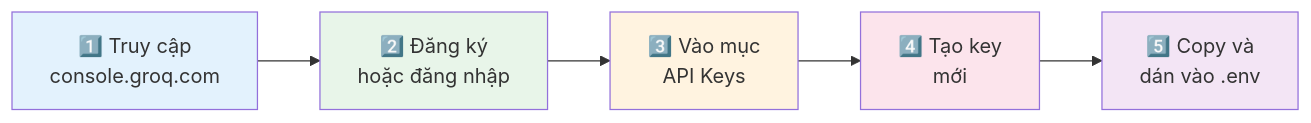
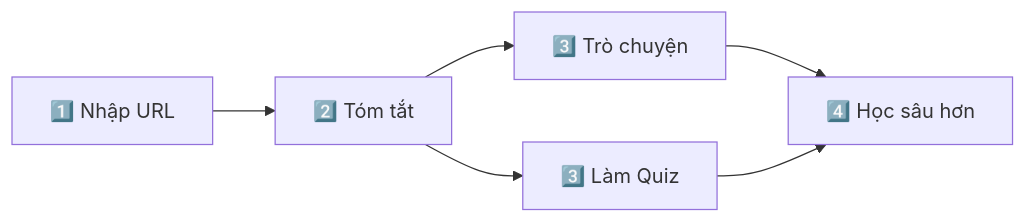
The fourth of 5 diagrams in README.md (phuc2502/sumarizer_youtube), drawn with Mermaid before and after one commit. The commit also changed other lines of this file, not shown here.

Commit message:
cập nhật readme

````diff
--- a/README.md
+++ b/README.md
@@ -350,13 +438,8 @@
 ```mermaid
-graph LR
-    A[1️⃣ Truy cập<br/>console.groq.com] --> B[2️⃣ Đăng ký<br/>hoặc đăng nhập]
-    B --> C[3️⃣ Vào mục<br/>API Keys]
-    C --> D[4️⃣ Tạo key<br/>mới]
-    D --> E[5️⃣ Copy và<br/>dán vào .env]
-    
-    style A fill:#e3f2fd
-    style B fill:#e8f5e9
-    style C fill:#fff3e0
-    style D fill:#fce4ec
-    style E fill:#f3e5f5
+flowchart LR
+    A[1️⃣ Nhập URL] --> B[2️⃣ Tóm tắt]
+    B --> C[3️⃣ Trò chuyện]
+    B --> D[3️⃣ Làm Quiz]
+    C --> E[4️⃣ Học sâu hơn]
+    D --> E
 ```
````
